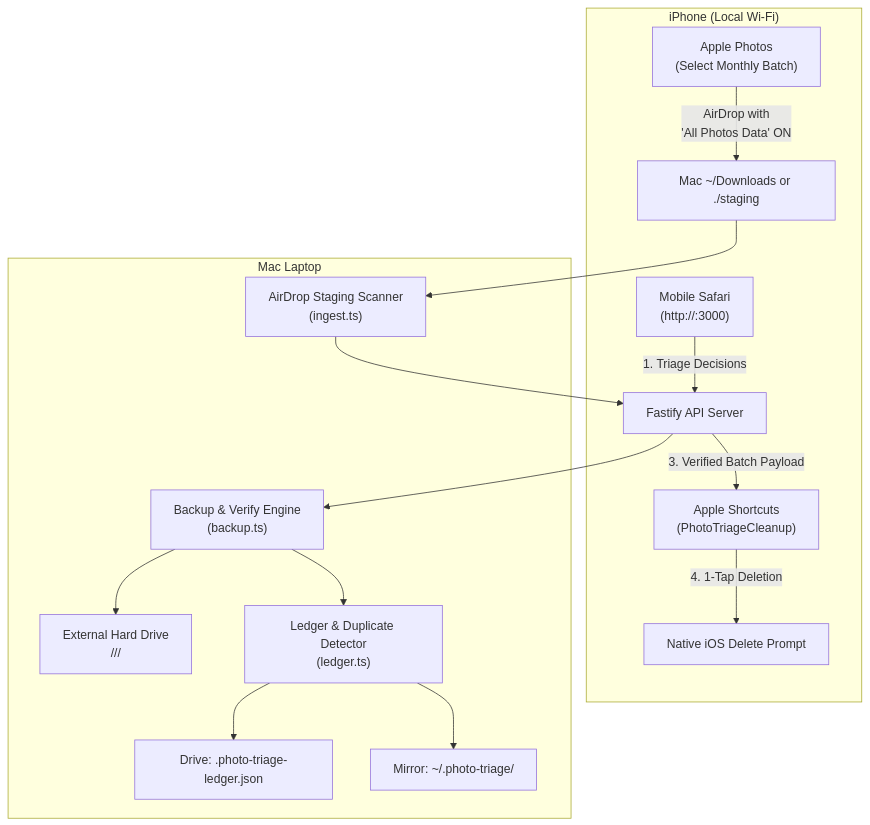
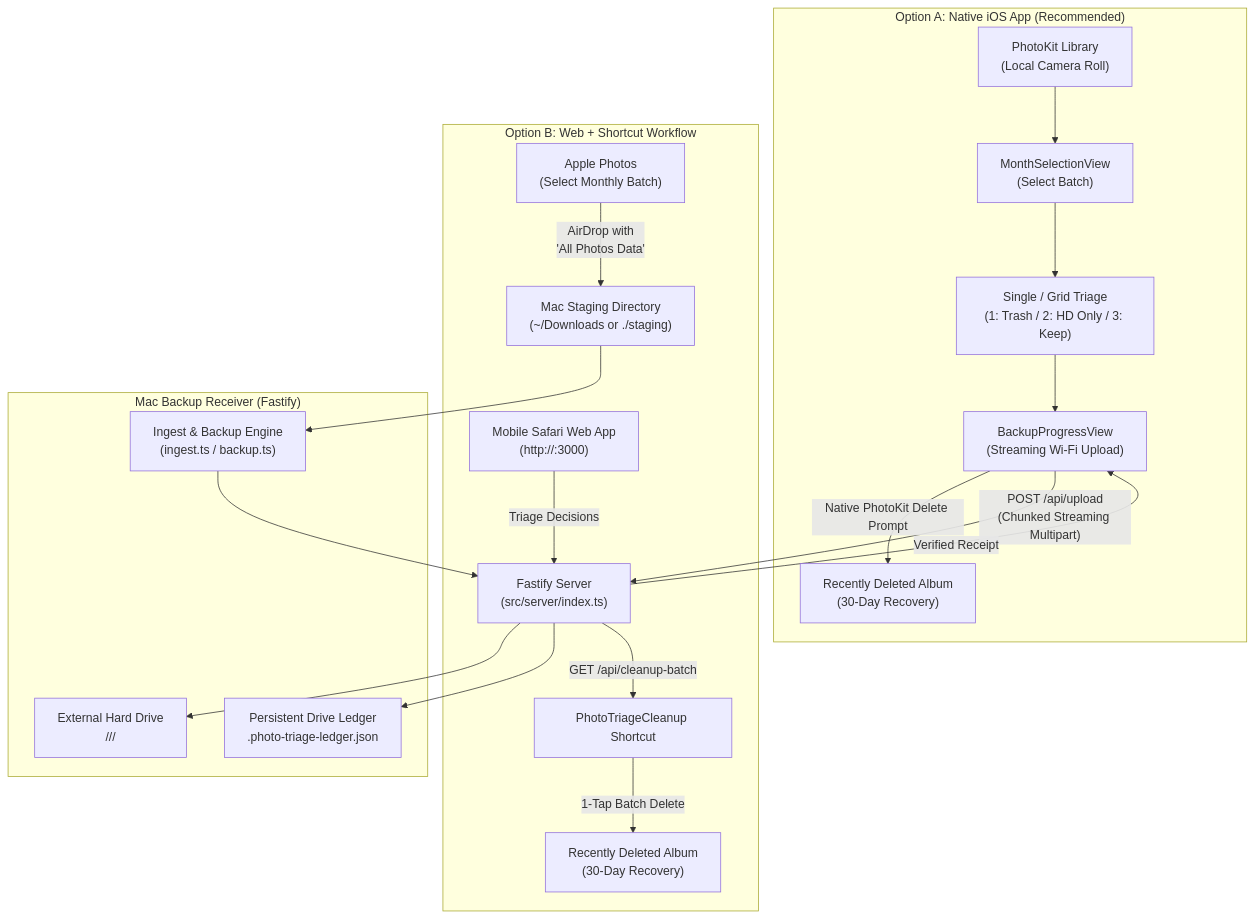
The diagram in README.md (ImNotDerk/photos-solution), drawn with Mermaid before and after one commit. The commit also changed other lines of this file and 2 other files, not shown here.

Commit message:
docs: add native iOS app setup guide and complete E2E upload verification

````diff
--- a/README.md
+++ b/README.md
@@ -38,19 +40,25 @@
 ```mermaid
 flowchart TD
-    subgraph iPhone["iPhone (Local Wi-Fi)"]
-        A["Apple Photos\n(Select Monthly Batch)"] -->|"AirDrop with\n'All Photos Data' ON"| B["Mac ~/Downloads or ./staging"]
-        C["Mobile Safari\n(http://<lan-ip>:3000)"] -->|"1. Triage Decisions"| D["Fastify API Server"]
-        K["Apple Shortcuts\n(PhotoTriageCleanup)"] -->|"4. 1-Tap Deletion"| L["Native iOS Delete Prompt"]
+    subgraph iPhoneNative["Option A: Native iOS App (Recommended)"]
+        PK["PhotoKit Library\n(Local Camera Roll)"] --> MV["MonthSelectionView\n(Select Batch)"]
+        MV --> TV["Single / Grid Triage\n(1: Trash / 2: HD Only / 3: Keep)"]
+        TV --> BV["BackupProgressView\n(Streaming Wi-Fi Upload)"]
+        BV -->|"Native PhotoKit Delete Prompt"| DL1["Recently Deleted Album\n(30-Day Recovery)"]
     end
 
-    subgraph Mac["Mac Laptop"]
-        B --> E["AirDrop Staging Scanner\n(ingest.ts)"]
-        E --> D
-        D --> F["Backup & Verify Engine\n(backup.ts)"]
-        F --> G["External Hard Drive\n<Drive>/<YYYY>/<MONTH>/"]
-        F --> H["Ledger & Duplicate Detector\n(ledger.ts)"]
-        H --> I["Drive: .photo-triage-ledger.json"]
-        H --> J["Mirror: ~/.photo-triage/"]
-        D -->|"3. Verified Batch Payload"| K
+    subgraph iPhoneWeb["Option B: Web + Shortcut Workflow"]
+        AP["Apple Photos\n(Select Monthly Batch)"] -->|"AirDrop with\n'All Photos Data'"| ST["Mac Staging Directory\n(~/Downloads or ./staging)"]
+        WB["Mobile Safari Web App\n(http://<lan-ip>:3000)"] -->|"Triage Decisions"| SRV
+        SC["PhotoTriageCleanup Shortcut"] -->|"1-Tap Batch Delete"| DL2["Recently Deleted Album\n(30-Day Recovery)"]
+    end
+
+    subgraph MacServer["Mac Backup Receiver (Fastify)"]
+        BV -->|"POST /api/upload\n(Chunked Streaming Multipart)"| SRV["Fastify Server\n(src/server/index.ts)"]
+        ST --> ENG["Ingest & Backup Engine\n(ingest.ts / backup.ts)"]
+        ENG --> SRV
+        SRV --> HD["External Hard Drive\n<Drive>/<YYYY>/<MONTH>/"]
+        SRV --> LD["Persistent Drive Ledger\n.photo-triage-ledger.json"]
+        SRV -->|"Verified Receipt"| BV
+        SRV -->|"GET /api/cleanup-batch"| SC
     end
 ```
````
